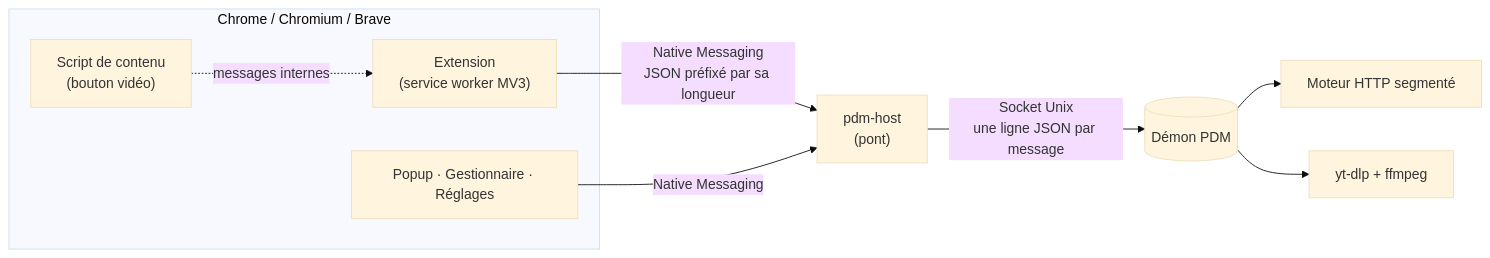
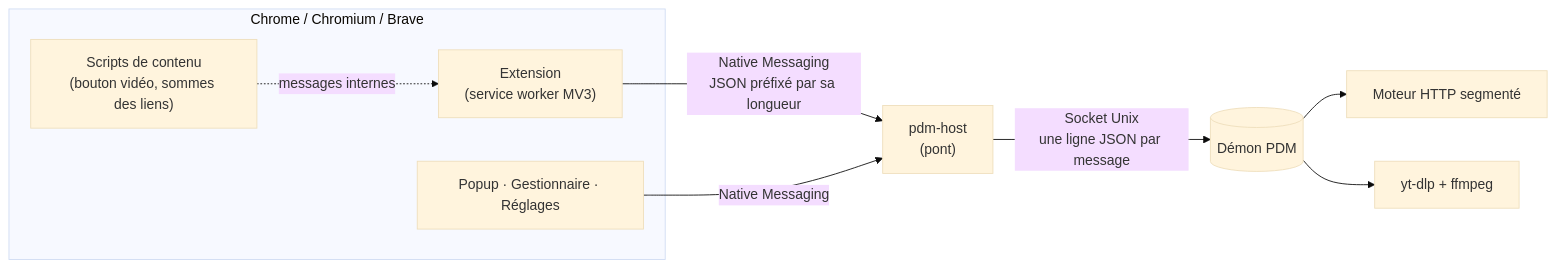
Before and after one commit to dbvrnylh/pdm-download-manager: the diagram in README.fr.md, drawn with Mermaid (base theme). The commit also changed other lines of this file and 14 other files, not shown here.

````diff
--- a/README.fr.md
+++ b/README.fr.md
@@ -161,14 +165,14 @@
 ```mermaid
 flowchart LR
   subgraph Navigateur["Chrome / Chromium / Brave"]
     SW["Extension<br/>(service worker MV3)"]
     UI["Popup · Gestionnaire · Réglages"]
-    CS["Script de contenu<br/>(bouton vidéo)"]
+    CS["Scripts de contenu<br/>(bouton vidéo, sommes des liens)"]
   end
   SW -- "Native Messaging<br/>JSON préfixé par sa longueur" --> H["pdm-host<br/>(pont)"]
   UI -- "Native Messaging" --> H
   CS -. "messages internes" .-> SW
   H -- "Socket Unix<br/>une ligne JSON par message" --> D[("Démon PDM")]
   D --> HTTP["Moteur HTTP segmenté"]
   D --> Y["yt-dlp + ffmpeg"]
 ```
````
